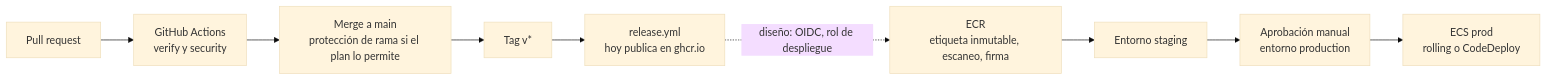
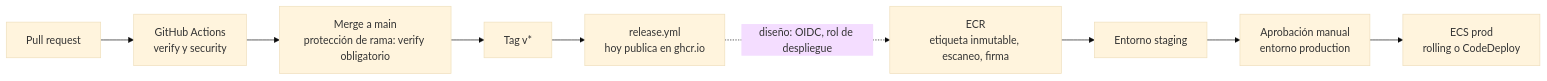
One commit to alhucave/ticketflow changed the third of 3 diagrams in docs/aws.md. Above: the diagram before and after it, drawn with Mermaid (base theme). The commit also changed other lines of this file and 10 other files, not shown here.

````diff
--- a/docs/aws.md
+++ b/docs/aws.md
@@ -720,11 +720,11 @@
 ```mermaid
 flowchart LR
     pr["Pull request"] --> ci["GitHub Actions<br/>verify y security"]
-    ci --> main["Merge a main<br/>protección de rama si el plan lo permite"]
+    ci --> main["Merge a main<br/>protección de rama: verify obligatorio"]
     main --> tag["Tag v*"]
     tag --> rel["release.yml<br/>hoy publica en ghcr.io"]
     rel -.->|"diseño: OIDC, rol de despliegue"| ecr["ECR<br/>etiqueta inmutable, escaneo, firma"]
     ecr --> stg["Entorno staging"]
     stg --> appr["Aprobación manual<br/>entorno production"]
     appr --> prod["ECS prod<br/>rolling o CodeDeploy"]
 ```
````
